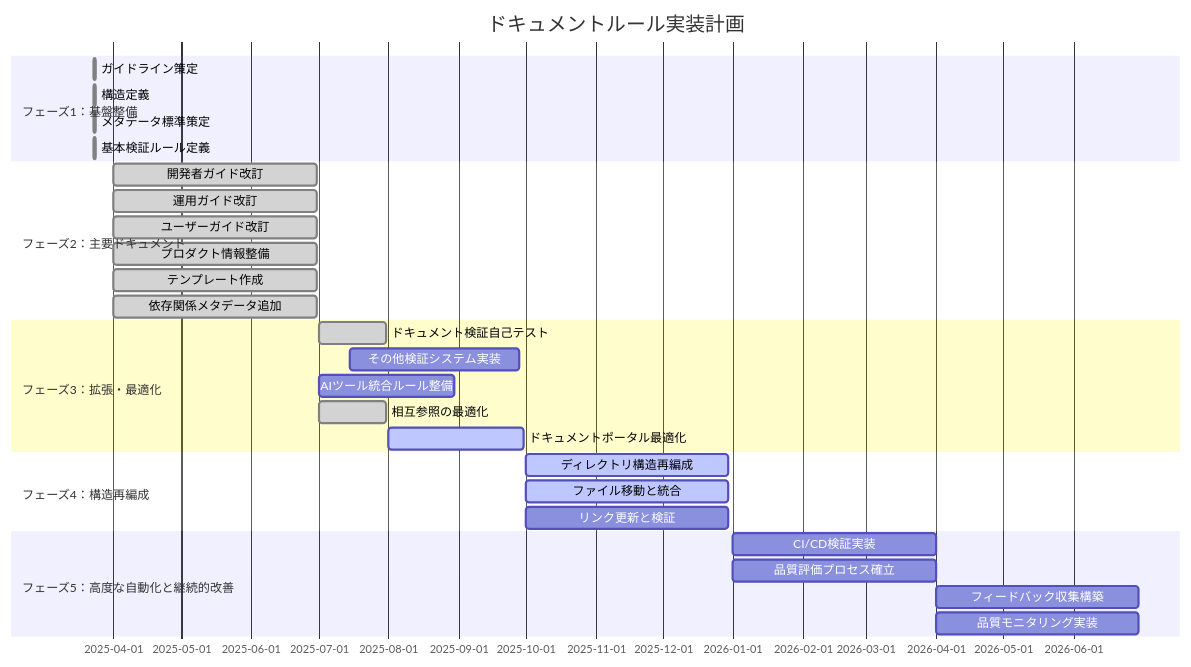
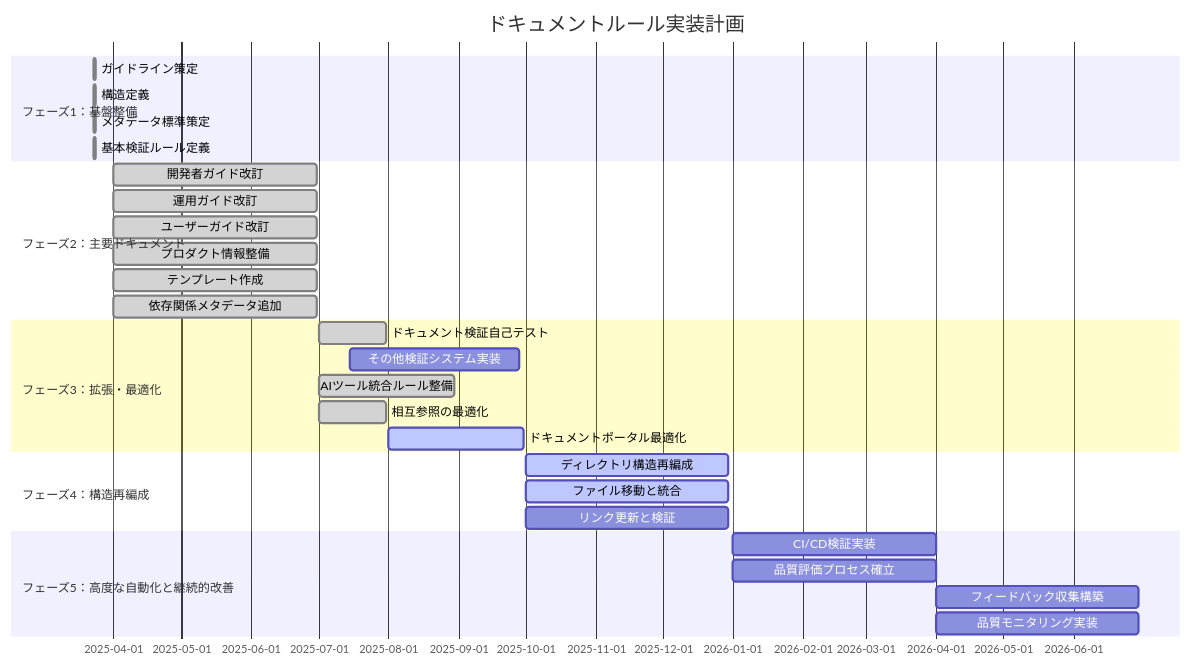
The diagram in docs/PLAN.md (ToyB0x/git-resume), drawn with Mermaid before and after one commit. The commit also changed other lines of this file, not shown here.

Commit message:
docs: complete AI tool integration rules and update Gantt chart

````diff
--- a/docs/PLAN.md
+++ b/docs/PLAN.md
@@ -140,32 +139,32 @@
 ```mermaid
 gantt
     title ドキュメントルール実装計画
     dateFormat  YYYY-MM-DD
     section フェーズ1：基盤整備
     ガイドライン策定      :done, 2025-03-23, 1d
     構造定義              :done, 2025-03-23, 1d
     メタデータ標準策定    :done, 2025-03-23, 1d
     基本検証ルール定義    :done, 2025-03-23, 1d
     section フェーズ2：主要ドキュメント
     開発者ガイド改訂      :done, 2025-04-01, 90d
     運用ガイド改訂        :done, 2025-04-01, 90d
     ユーザーガイド改訂    :done, 2025-04-01, 90d
     プロダクト情報整備    :done, 2025-04-01, 90d
     テンプレート作成      :done, 2025-04-01, 90d
     依存関係メタデータ追加 :done, 2025-04-01, 90d
     section フェーズ3：拡張・最適化
     ドキュメント検証自己テスト :done, 2025-07-01, 30d
     その他検証システム実装    :2025-07-15, 75d
-    AIツール統合ルール整備 :2025-07-01, 60d
+    AIツール統合ルール整備 :done, 2025-07-01, 60d
     相互参照の最適化      :done, 2025-07-01, 30d
     ドキュメントポータル最適化 :active, 2025-08-01, 60d
     section フェーズ4：構造再編成
     ディレクトリ構造再編成 :active, 2025-10-01, 90d
     ファイル移動と統合     :active, 2025-10-01, 90d
     リンク更新と検証       :2025-10-01, 90d
     section フェーズ5：高度な自動化と継続的改善
     CI/CD検証実装         :2026-01-01, 90d
     品質評価プロセス確立   :2026-01-01, 90d
     フィードバック収集構築 :2026-04-01, 90d
     品質モニタリング実装   :2026-04-01, 90d
 ```
````
